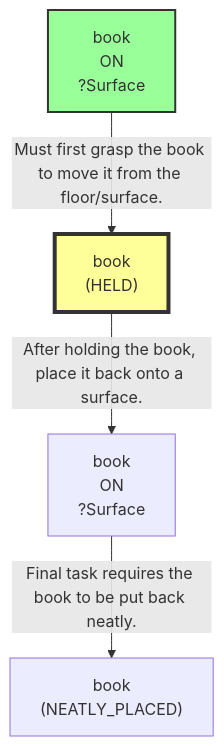
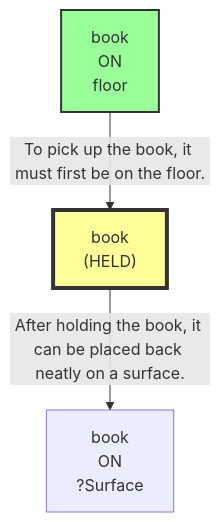
The second of 14 diagrams in evaluation/results/table3/robostate/runs/without_parameter_binding/G2_09/run_T3_without_parameter_binding_G2_09.md (scuama/virtualhome), drawn with Mermaid before and after one commit. The commit also changed other lines of this file and 507 other files, not shown here.

````diff
--- a/evaluation/results/table3/robostate/runs/without_parameter_binding/G2_09/run_T3_without_parameter_binding_G2_09.md
+++ b/evaluation/results/table3/robostate/runs/without_parameter_binding/G2_09/run_T3_without_parameter_binding_G2_09.md
@@ -169,12 +176,10 @@
 ```mermaid
 graph TD
-    N1["book<br>ON<br>?Surface"]
+    N1["book<br>ON<br>floor"]
     style N1 fill:#9f9,stroke:#333,stroke-width:2px
     N2["book<br>(HELD)"]
     style N2 fill:#ff9,stroke:#333,stroke-width:4px
     N3["book<br>ON<br>?Surface"]
-    N4["book<br>(NEATLY_PLACED)"]
-    N1 -->|"Must first grasp the book to move it from the floor/surface."| N2
-    N2 -->|"After holding the book, place it back onto a surface."| N3
-    N3 -->|"Final task requires the book to be put back neatly."| N4
+    N1 -->|"To pick up the book, it must first be on the floor."| N2
+    N2 -->|"After holding the book, it can be placed back neatly on a surface."| N3
 ```
````
